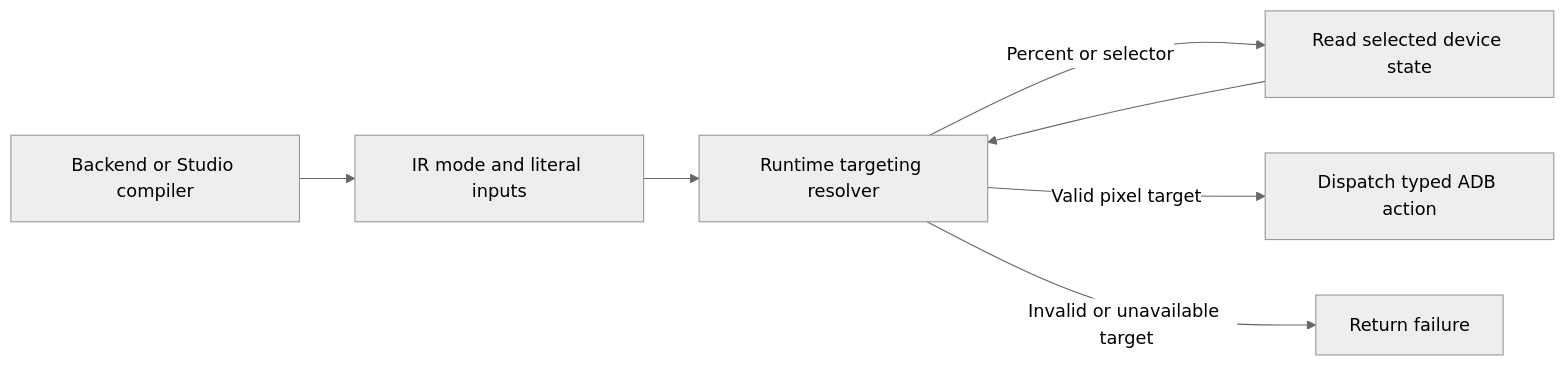
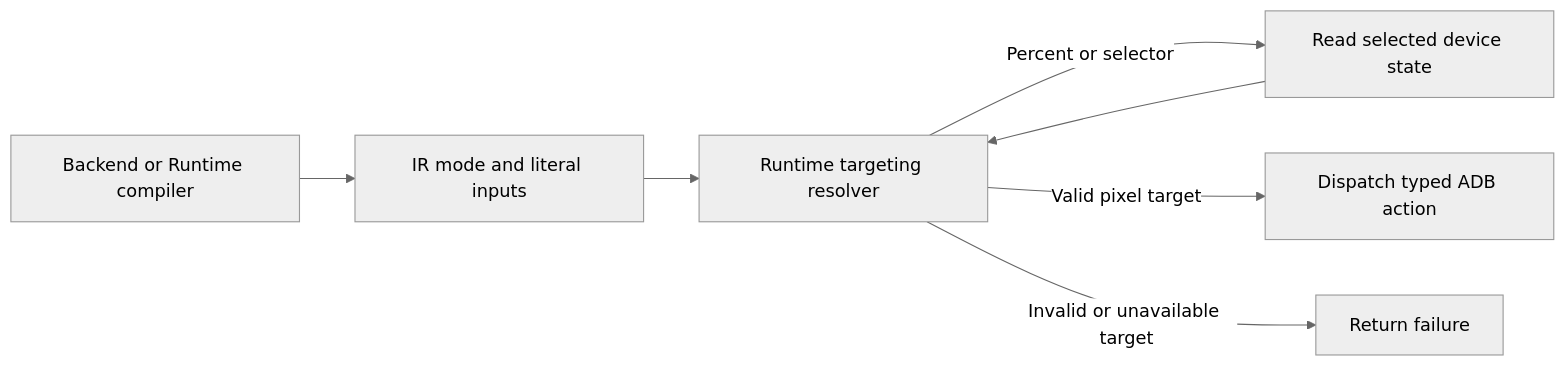
Before and after one commit to A2MaTex/a2matex-docs: the diagram in components/a2matex-runtime/contracts/android_targeting.md, drawn with Mermaid (neutral theme). The commit also changed other lines of this file and 12 other files, not shown here.

Commit message:
update studio and runtime responsibility for compiling editor graph to runtime ir

````diff
--- a/components/a2matex-runtime/contracts/android_targeting.md
+++ b/components/a2matex-runtime/contracts/android_targeting.md
@@ -14,9 +15,9 @@
 ```mermaid
 flowchart LR
-  S[Backend or Studio compiler] --> I[IR mode and literal inputs]
+  S[Backend or Runtime compiler] --> I[IR mode and literal inputs]
   I --> R[Runtime targeting resolver]
   R -->|Percent or selector| A[Read selected device state]
   A --> R
   R -->|Valid pixel target| D[Dispatch typed ADB action]
   R -->|Invalid or unavailable target| E[Return failure]
 ```
````
